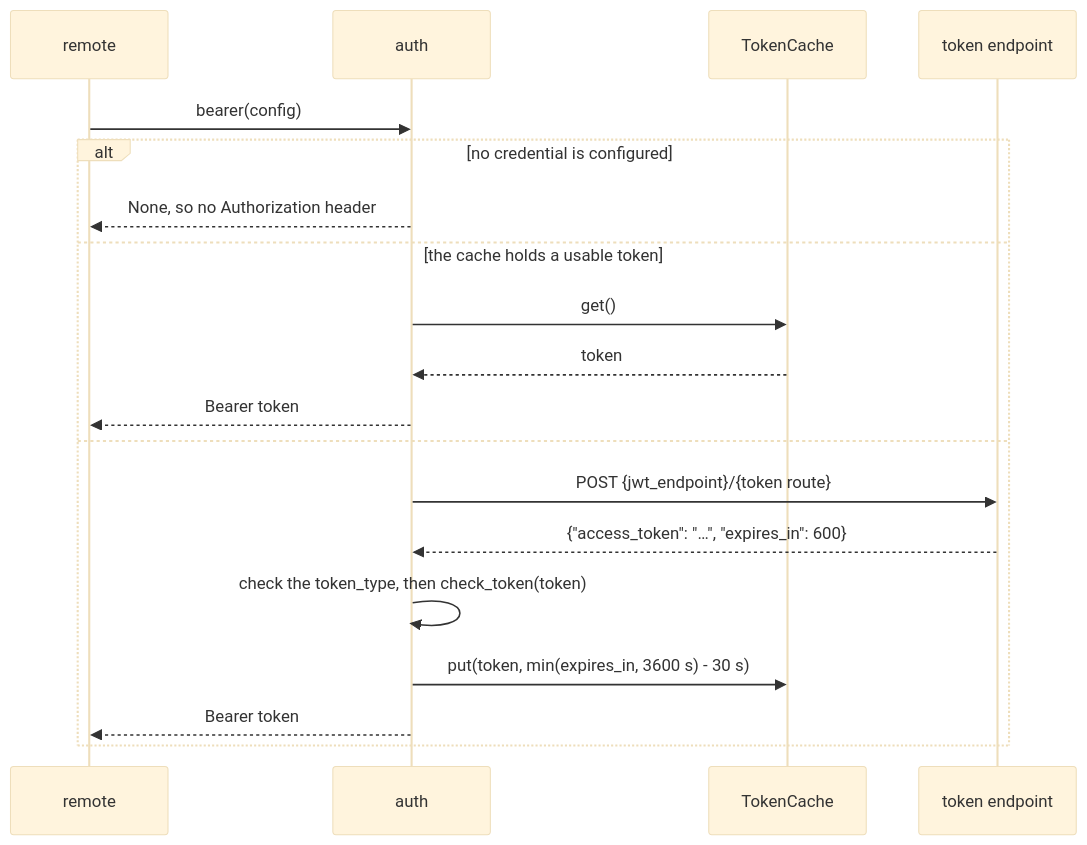
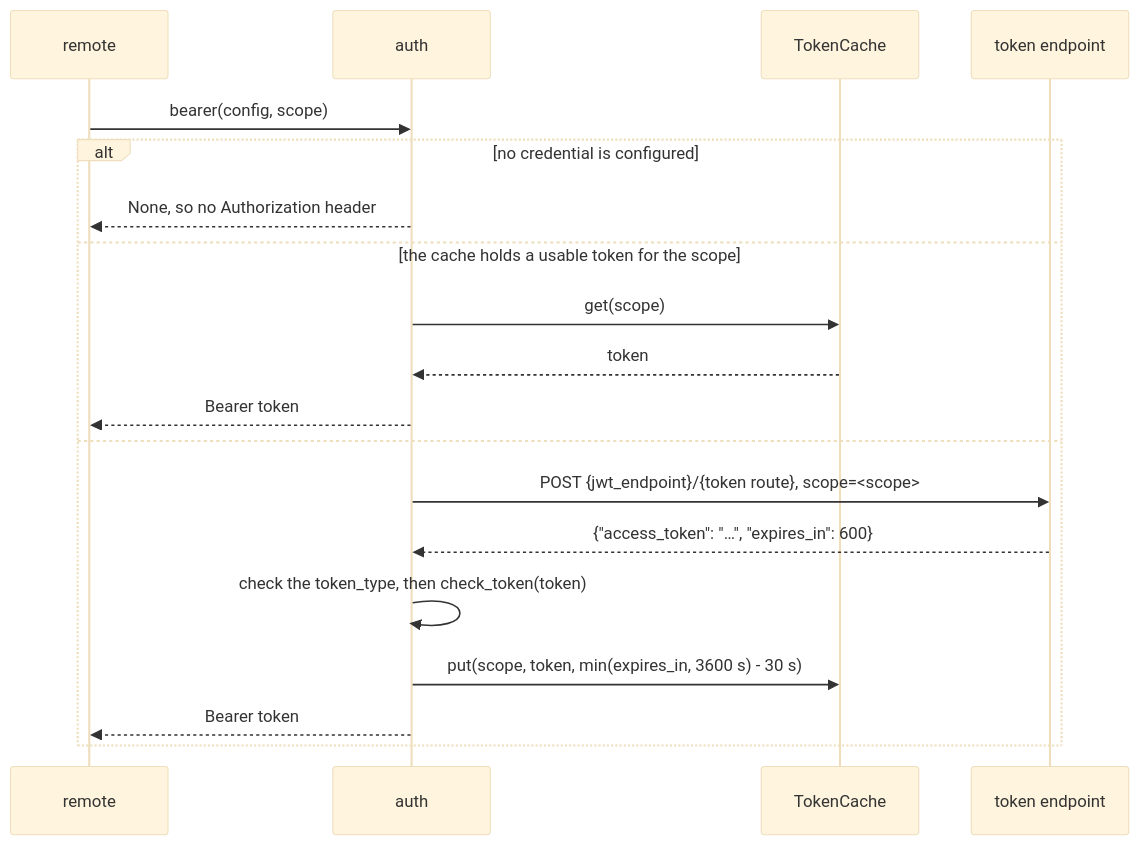
One commit to damac-italia/brainmaker changed the second of 7 diagrams in docs/FLOW.md. Above: the diagram before and after it, drawn with Mermaid (base theme). The commit also changed other lines of this file and 16 other files, not shown here.

````diff
--- a/docs/FLOW.md
+++ b/docs/FLOW.md
@@ -84,21 +86,21 @@
 ```mermaid
 sequenceDiagram
     participant remote
     participant auth
     participant cache as TokenCache
     participant JWT as token endpoint
-    remote->>auth: bearer(config)
+    remote->>auth: bearer(config, scope)
     alt no credential is configured
         auth-->>remote: None, so no Authorization header
-    else the cache holds a usable token
-        auth->>cache: get()
+    else the cache holds a usable token for the scope
+        auth->>cache: get(scope)
         cache-->>auth: token
         auth-->>remote: Bearer token
     else
-        auth->>JWT: POST {jwt_endpoint}/{token route}
+        auth->>JWT: POST {jwt_endpoint}/{token route}, scope=<scope>
         JWT-->>auth: {"access_token": "…", "expires_in": 600}
         auth->>auth: check the token_type, then check_token(token)
-        auth->>cache: put(token, min(expires_in, 3600 s) - 30 s)
+        auth->>cache: put(scope, token, min(expires_in, 3600 s) - 30 s)
         auth-->>remote: Bearer token
     end
 ```
````
